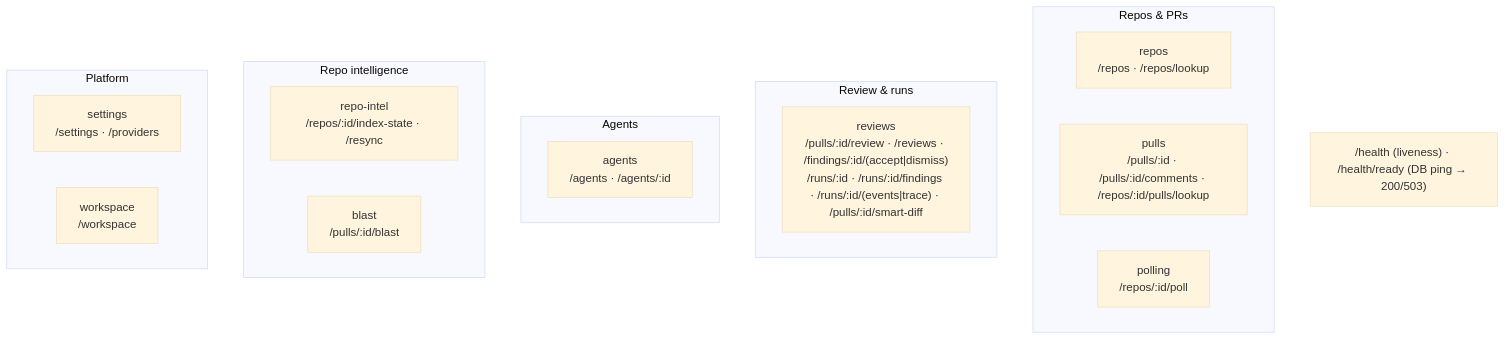
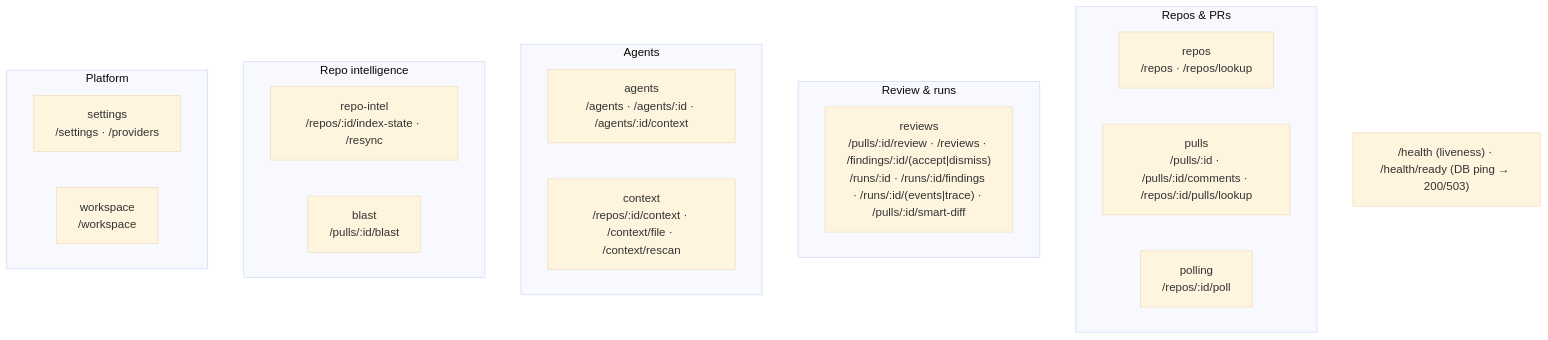
One commit to asf-harlock/dev-digest changed the second of 2 diagrams in server/README.md. Above: the diagram before and after it, drawn with Mermaid (base theme). The commit also changed other lines of this file and 25 other files, not shown here.

````diff
--- a/server/README.md
+++ b/server/README.md
@@ -66,23 +66,24 @@
 ```mermaid
 flowchart TB
   subgraph Repos_PRs["Repos & PRs"]
     repos["repos<br/>/repos · /repos/lookup"]
     pulls["pulls<br/>/pulls/:id · /pulls/:id/comments · /repos/:id/pulls/lookup"]
     polling["polling<br/>/repos/:id/poll"]
   end
   subgraph Review["Review & runs"]
     reviews["reviews<br/>/pulls/:id/review · /reviews · /findings/:id/(accept|dismiss)<br/>/runs/:id · /runs/:id/findings · /runs/:id/(events|trace) · /pulls/:id/smart-diff"]
   end
   subgraph Agents["Agents"]
-    agents["agents<br/>/agents · /agents/:id"]
+    agents["agents<br/>/agents · /agents/:id · /agents/:id/context"]
+    context["context<br/>/repos/:id/context · /context/file · /context/rescan"]
   end
   subgraph Intel["Repo intelligence"]
     repoIntel["repo-intel<br/>/repos/:id/index-state · /resync"]
     blast["blast<br/>/pulls/:id/blast"]
   end
   subgraph Platform["Platform"]
     settings["settings<br/>/settings · /providers"]
     workspace["workspace<br/>/workspace"]
   end
   HEALTH["/health (liveness) · /health/ready (DB ping → 200/503)"]
 ```
````
